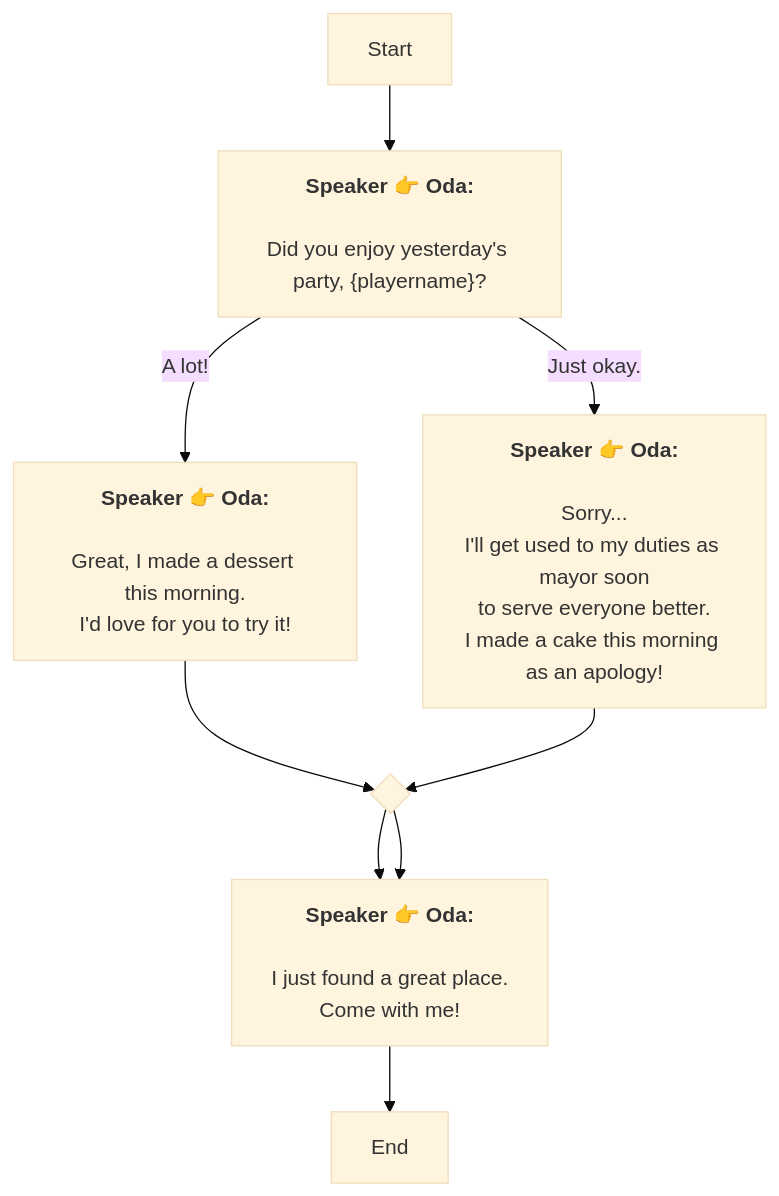
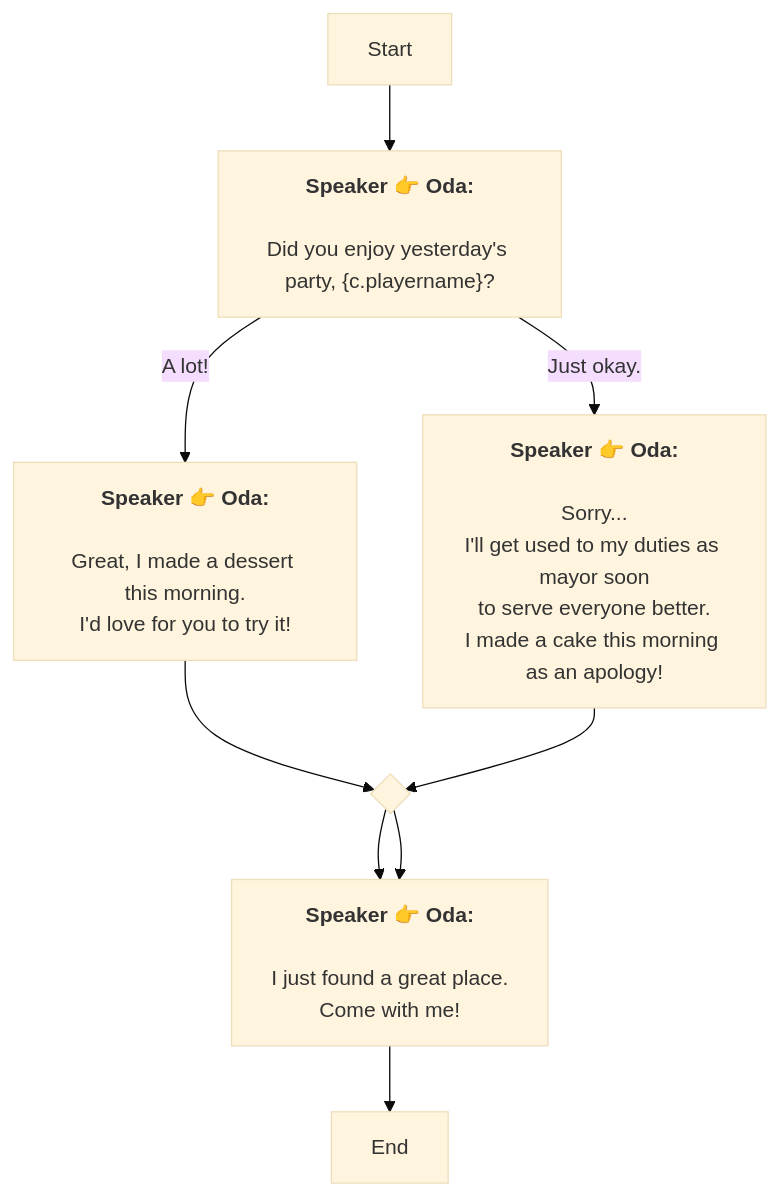
One commit to SoftHu/tos_avg changed the diagram in En/QuestStartTalkENode_1741365690796258.md. Above: the diagram before and after it, drawn with Mermaid (base theme). The commit also changed 410 other files, not shown here.

````diff
--- a/En/QuestStartTalkENode_1741365690796258.md
+++ b/En/QuestStartTalkENode_1741365690796258.md
@@ -1,22 +1,22 @@
 ```mermaid
 graph
 Start -->1741366051818734[<b>Speaker 👉 Oda:</b>
-\nDid you enjoy yesterday's party, &lbrace;playername&rbrace;?]
+\nDid you enjoy yesterday's party, &lbrace;c.playername&rbrace;?]
 1741366051818734 -->|A lot!|1741840770440680[<b>Speaker 👉 Oda:</b>
 \nGreat, I made a dessert this morning.
 I'd love for you to try it!]
 1741366051818734 -->|Just okay.|1741840976551401[<b>Speaker 👉 Oda:</b>
 \nSorry...
 I'll get used to my duties as mayor soon
 to serve everyone better.\nI made a cake this morning as an apology!]
 1741840770440680 -->1741367875621124{ }
 1741367875621124 -->1741841330457066[<b>Speaker 👉 Oda:</b>
 \nI just found a great place.
 Come with me!]
 1741367875621124 -->1741841330457066[<b>Speaker 👉 Oda:</b>
 \nI just found a great place.
 Come with me!]
 1741841330457066 -->1741367947996422[End]
 1741840976551401 -->1741367875621124{ }
 
 ```
````
